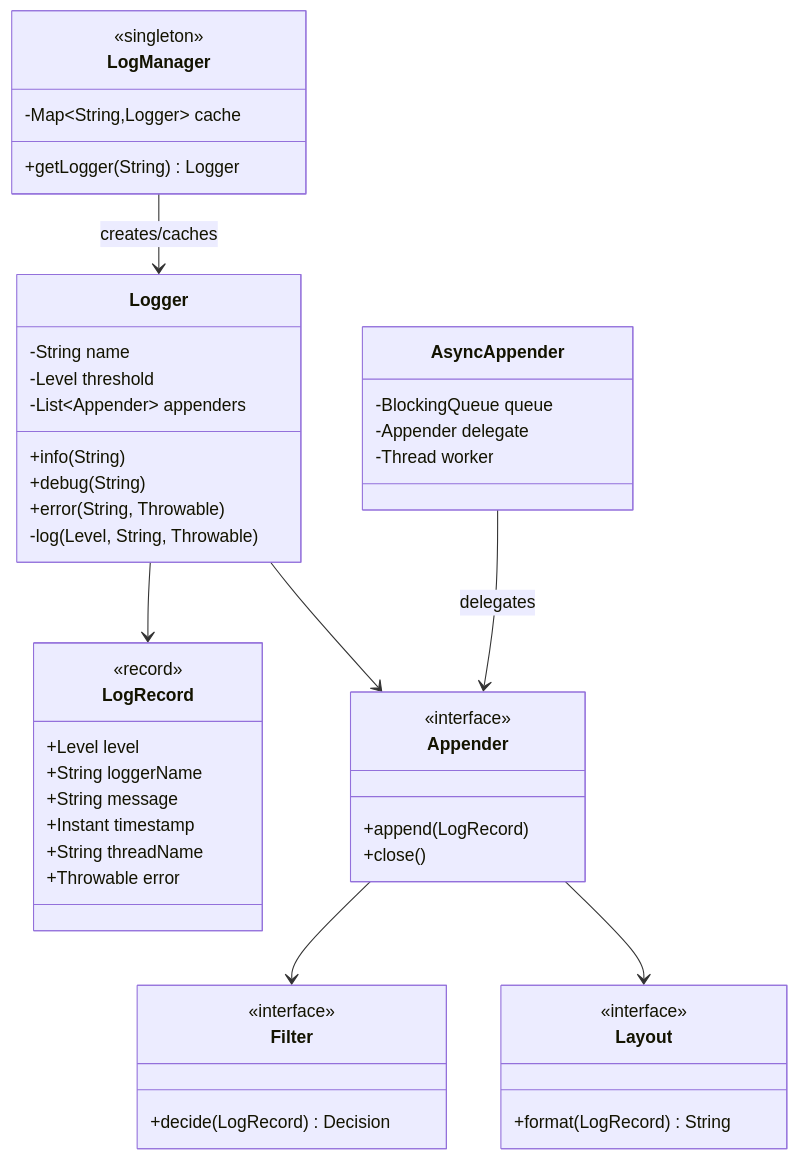
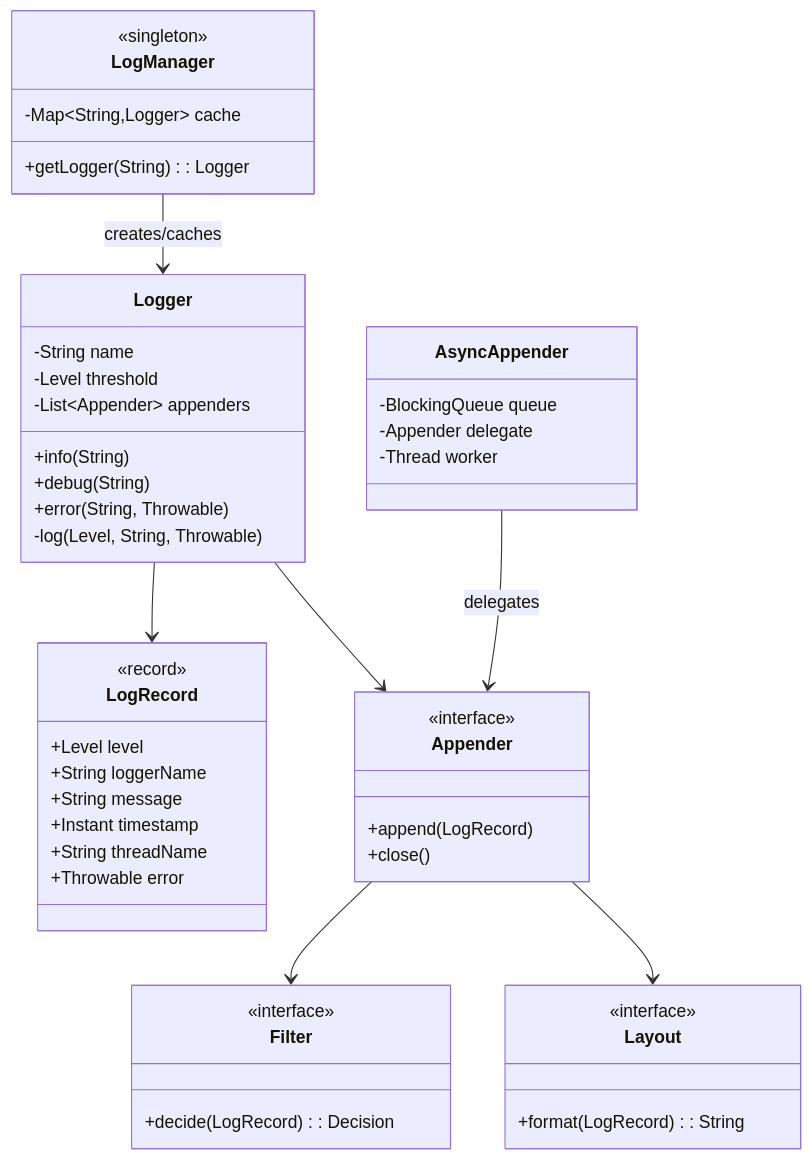
The eighth of 59 diagrams in Readme.md (iamitgupta/system-design-LLD-basic), drawn with Mermaid before and after one commit. The commit also changed other lines of this file, not shown here.

````diff
--- a/Readme.md
+++ b/Readme.md
@@ -843,50 +1624,50 @@
 ```mermaid
 classDiagram
  class Logger {
  -String name
  -Level threshold
  -List~Appender~ appenders
  +info(String)
  +debug(String)
  +error(String, Throwable)
  -log(Level, String, Throwable)
  }
  class LogManager {
  <<singleton>>
  -Map~String,Logger~ cache
- +getLogger(String) Logger
+ +getLogger(String): Logger
  }
  class LogRecord {
  <<record>>
  +Level level
  +String loggerName
  +String message
  +Instant timestamp
  +String threadName
  +Throwable error
  }
  class Appender {
  <<interface>>
  +append(LogRecord)
  +close()
  }
  class AsyncAppender {
  -BlockingQueue queue
  -Appender delegate
  -Thread worker
  }
  class Filter {
  <<interface>>
- +decide(LogRecord) Decision
+ +decide(LogRecord): Decision
  }
  class Layout {
  <<interface>>
- +format(LogRecord) String
+ +format(LogRecord): String
  }
  Logger --> LogRecord
  Logger --> Appender
  AsyncAppender --> Appender : delegates
  Appender --> Filter
  Appender --> Layout
  LogManager --> Logger : creates/caches
 ```
````
